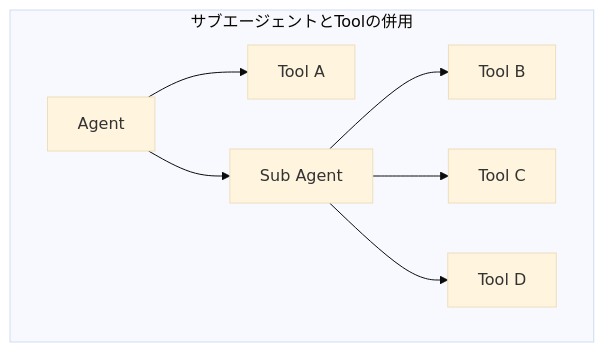
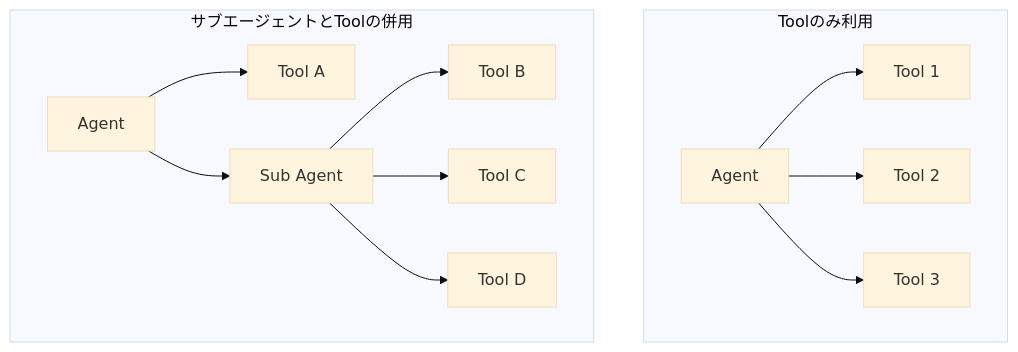
Before and after one commit to m-mizutani/advcal2025: the diagram in articles/sec-agent-14-subagent.md, drawn with Mermaid (base theme). The commit also changed other lines of this file and 1 other file, not shown here.

````diff
--- a/articles/sec-agent-14-subagent.md
+++ b/articles/sec-agent-14-subagent.md
@@ -30,10 +21,15 @@
 ```mermaid
 graph TD
+    subgraph "Toolのみ利用"
+        A1[Agent] --> T1[Tool 1]
+        A1 --> T2[Tool 2]
+        A1 --> T3[Tool 3]
+    end
     subgraph "サブエージェントとToolの併用"
         A2[Agent] --> T4[Tool A]
         A2 --> SA[Sub Agent]
         SA --> T5[Tool B]
         SA --> T6[Tool C]
         SA --> T7[Tool D]
     end
 ```
````
